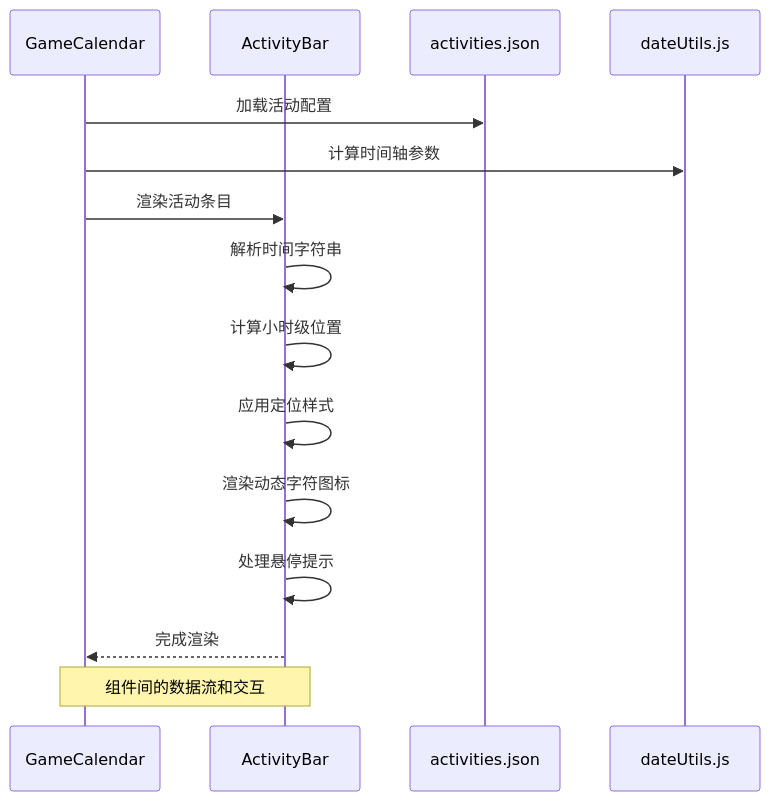
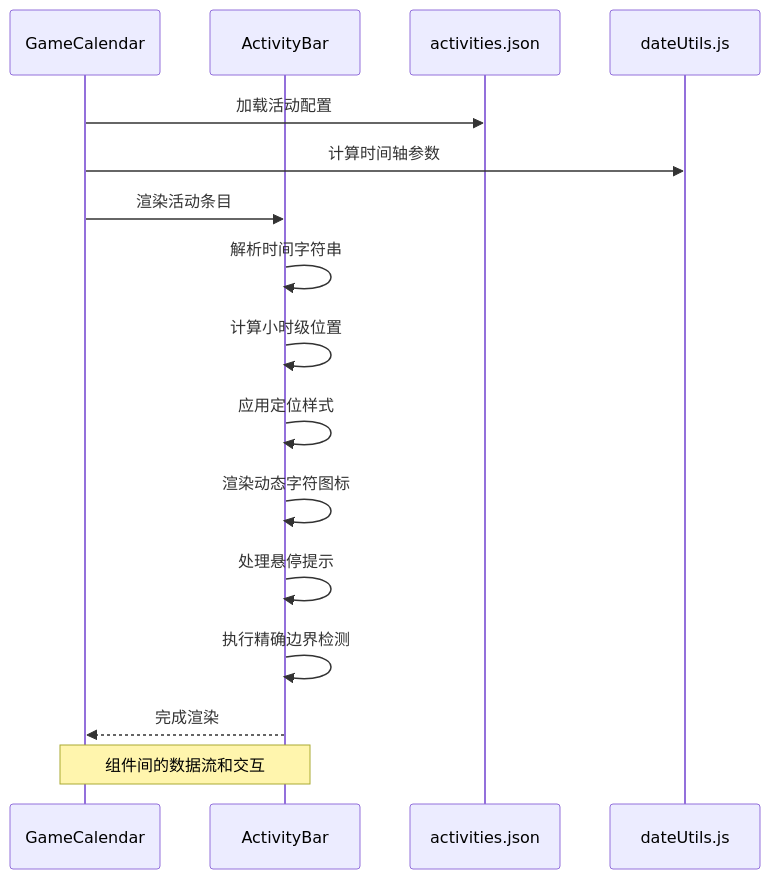
One commit to xuanyulingnfeg/gameCalendar changed the second of 10 diagrams in .qoder/repowiki/zh/content/核心组件/ActivityBar 活动条目组件.md. Above: the diagram before and after it, drawn with Mermaid. The commit also changed other lines of this file and 1 other file, not shown here.

````diff
--- a/.qoder/repowiki/zh/content/核心组件/ActivityBar 活动条目组件.md
+++ b/.qoder/repowiki/zh/content/核心组件/ActivityBar 活动条目组件.md
@@ -143,17 +145,18 @@
 ```mermaid
 sequenceDiagram
 participant GC as GameCalendar
 participant AB as ActivityBar
 participant AC as activities.json
 participant DU as dateUtils.js
 GC->>AC : 加载活动配置
 GC->>DU : 计算时间轴参数
 GC->>AB : 渲染活动条目
 AB->>AB : 解析时间字符串
 AB->>AB : 计算小时级位置
 AB->>AB : 应用定位样式
 AB->>AB : 渲染动态字符图标
 AB->>AB : 处理悬停提示
+AB->>AB : 执行精确边界检测
 AB-->>GC : 完成渲染
 Note over GC,AB : 组件间的数据流和交互
 ```
````
